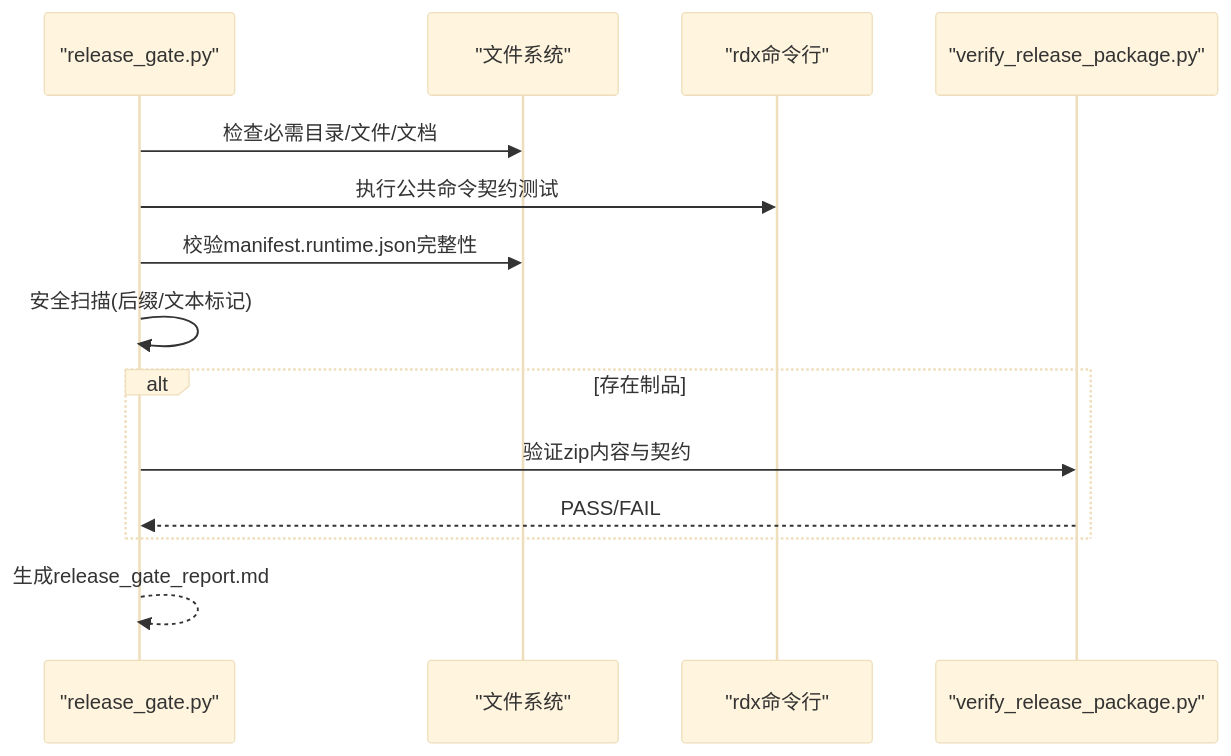
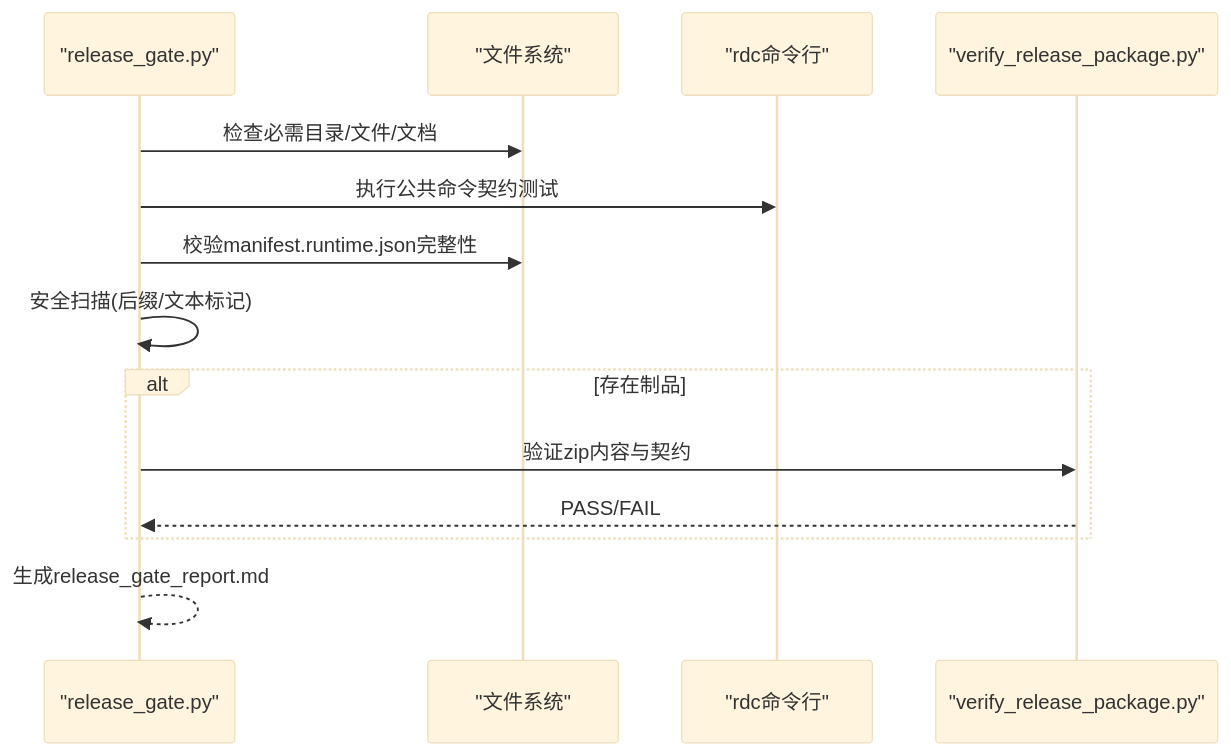
The fifth of 8 diagrams in .qoder/repowiki/zh/content/部署和发布/发布打包.md (haolange/RDC-Tool), drawn with Mermaid (base theme) before and after one commit. The commit also changed other lines of this file and 388 other files, not shown here.

````diff
--- a/.qoder/repowiki/zh/content/部署和发布/发布打包.md
+++ b/.qoder/repowiki/zh/content/部署和发布/发布打包.md
@@ -191,16 +191,16 @@
 ```mermaid
 sequenceDiagram
 participant Gate as "release_gate.py"
 participant FS as "文件系统"
-participant CLI as "rdx命令行"
+participant CLI as "rdc命令行"
 participant Ver as "verify_release_package.py"
 Gate->>FS : 检查必需目录/文件/文档
 Gate->>CLI : 执行公共命令契约测试
 Gate->>FS : 校验manifest.runtime.json完整性
 Gate->>Gate : 安全扫描(后缀/文本标记)
 alt 存在制品
 Gate->>Ver : 验证zip内容与契约
 Ver-->>Gate : PASS/FAIL
 end
 Gate-->>Gate : 生成release_gate_report.md
 ```
````
